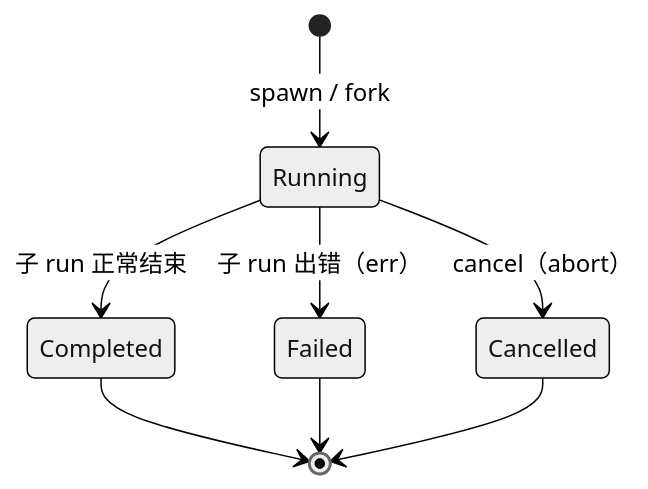
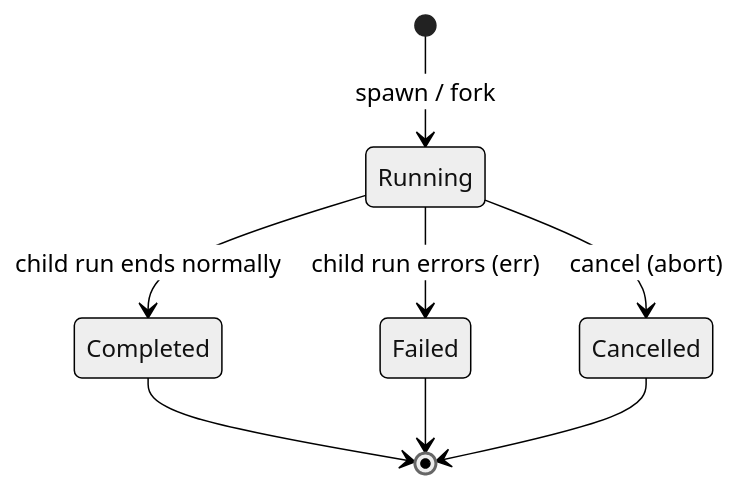
One commit to Seann0824/Shirley changed the second of 2 diagrams in docs/subagent.md. Above: the diagram before and after it, drawn with Mermaid (neutral theme). The commit also changed other lines of this file and 131 other files, not shown here.

````diff
--- a/docs/subagent.md
+++ b/docs/subagent.md
@@ -244,10 +278,10 @@
 ```mermaid
 stateDiagram-v2
     [*] --> Running: spawn / fork
-    Running --> Completed: 子 run 正常结束
-    Running --> Failed: 子 run 出错（err）
-    Running --> Cancelled: cancel（abort）
+    Running --> Completed: child run ends normally
+    Running --> Failed: child run errors (err)
+    Running --> Cancelled: cancel (abort)
     Completed --> [*]
     Failed --> [*]
     Cancelled --> [*]
 ```
````
